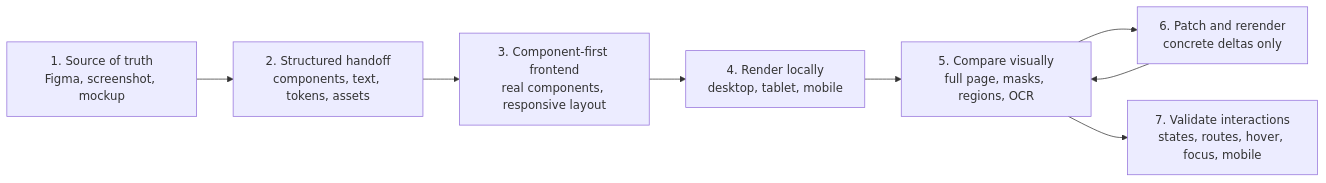
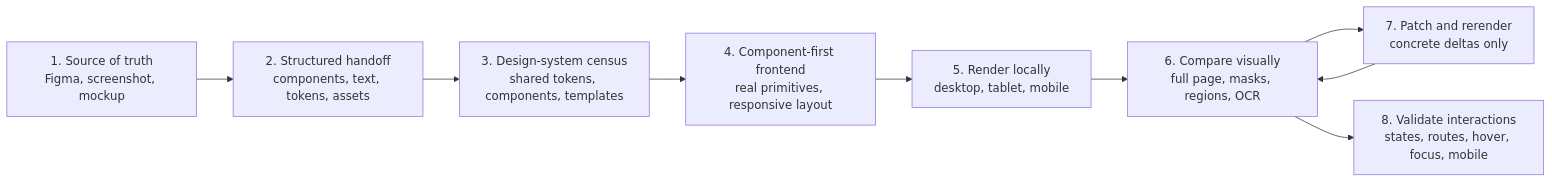
Before and after one commit to tefj-fun/design-to-frontend-workflow: the diagram in README.md, drawn with Mermaid. The commit also changed other lines of this file and 1 other file, not shown here.

Commit message:
docs: add design system census

````diff
--- a/README.md
+++ b/README.md
@@ -70,10 +70,11 @@
 ```mermaid
 flowchart LR
   A["1. Source of truth<br/>Figma, screenshot, mockup"] --> B["2. Structured handoff<br/>components, text, tokens, assets"]
-  B --> C["3. Component-first frontend<br/>real components, responsive layout"]
-  C --> D["4. Render locally<br/>desktop, tablet, mobile"]
-  D --> E["5. Compare visually<br/>full page, masks, regions, OCR"]
-  E --> F["6. Patch and rerender<br/>concrete deltas only"]
-  F --> E
-  E --> G["7. Validate interactions<br/>states, routes, hover, focus, mobile"]
+  B --> C["3. Design-system census<br/>shared tokens, components, templates"]
+  C --> D["4. Component-first frontend<br/>real primitives, responsive layout"]
+  D --> E["5. Render locally<br/>desktop, tablet, mobile"]
+  E --> F["6. Compare visually<br/>full page, masks, regions, OCR"]
+  F --> G["7. Patch and rerender<br/>concrete deltas only"]
+  G --> F
+  F --> H["8. Validate interactions<br/>states, routes, hover, focus, mobile"]
 ```
````
